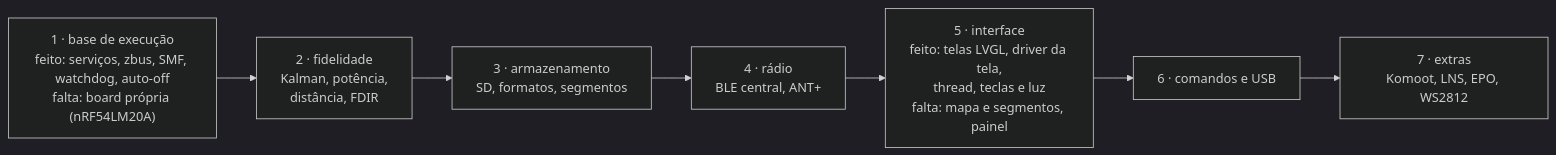
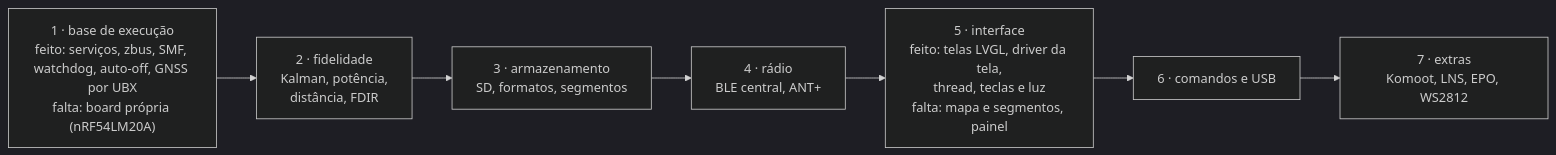
One commit to Guiimartinho/gnss-bike-computer changed the second of 2 diagrams in CLAUDE.md. Above: the diagram before and after it, drawn with Mermaid (dark theme). The commit also changed other lines of this file and 28 other files, not shown here.

````diff
--- a/CLAUDE.md
+++ b/CLAUDE.md
@@ -101,9 +101,9 @@
 ```mermaid
 flowchart LR
-    A["1 · base de execução<br/>feito: serviços, zbus, SMF, watchdog, auto-off<br/>falta: board própria (nRF54LM20A)"] --> B["2 · fidelidade<br/>Kalman, potência,<br/>distância, FDIR"]
+    A["1 · base de execução<br/>feito: serviços, zbus, SMF, watchdog, auto-off, GNSS por UBX<br/>falta: board própria (nRF54LM20A)"] --> B["2 · fidelidade<br/>Kalman, potência,<br/>distância, FDIR"]
     B --> C["3 · armazenamento<br/>SD, formatos, segmentos"]
     C --> D["4 · rádio<br/>BLE central, ANT+"]
     D --> E["5 · interface<br/>feito: telas LVGL, driver da tela,<br/>thread, teclas e luz<br/>falta: mapa e segmentos, painel"]
     E --> F["6 · comandos e USB"]
     F --> G["7 · extras<br/>Komoot, LNS, EPO, WS2812"]
 ```
````
